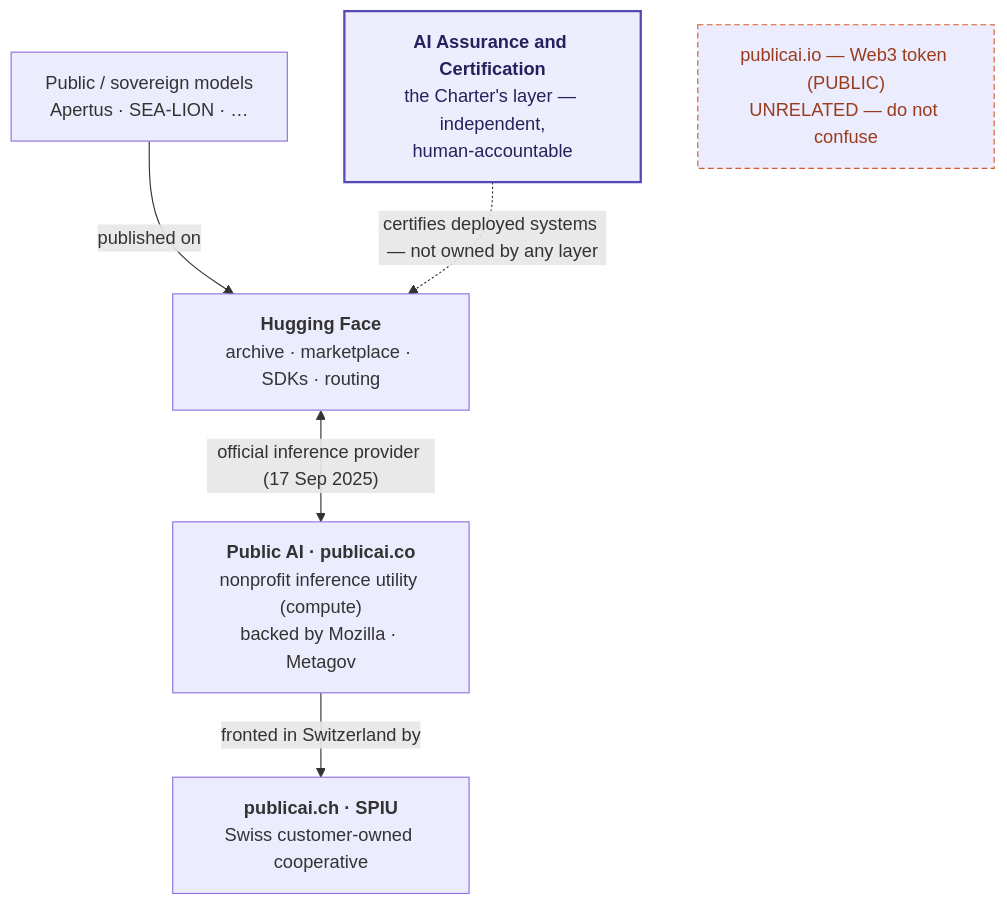
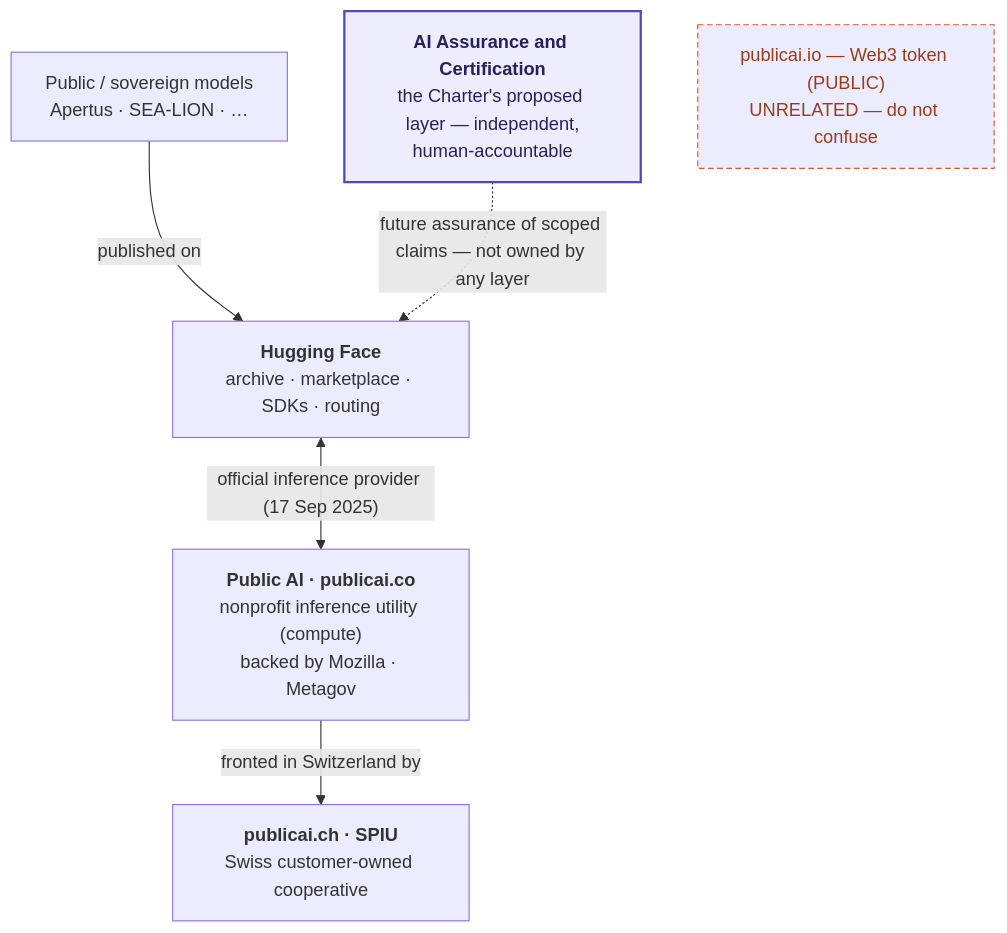
Before and after one commit to robertschaub/our-ai-charter: the diagram in docs/Evidence/actors-and-landscape.md, drawn with Mermaid. The commit also changed other lines of this file and 18 other files, not shown here.

````diff
--- a/docs/Evidence/actors-and-landscape.md
+++ b/docs/Evidence/actors-and-landscape.md
@@ -15,19 +15,19 @@
 ```mermaid
 flowchart TB
   M["Public / sovereign models<br/>Apertus · SEA-LION · …"]
   HF["<b>Hugging Face</b><br/>archive · marketplace · SDKs · routing"]
   PA["<b>Public AI · publicai.co</b><br/>nonprofit inference utility (compute)<br/>backed by Mozilla · Metagov"]
   CH["<b>publicai.ch · SPIU</b><br/>Swiss customer-owned cooperative"]
 
   M -->|published on| HF
   HF <-->|"official inference provider (17 Sep 2025)"| PA
   PA -->|fronted in Switzerland by| CH
 
-  A["<b>AI Assurance and Certification</b><br/>the Charter's layer — independent,<br/>human-accountable"]:::charter
-  A -.->|"certifies deployed systems — not owned by any layer"| HF
+  A["<b>AI Assurance and Certification</b><br/>the Charter's proposed layer — independent,<br/>human-accountable"]:::charter
+  A -.->|"future assurance of scoped claims — not owned by any layer"| HF
 
   X["publicai.io — Web3 token (PUBLIC)<br/>UNRELATED — do not confuse"]:::warn
 
   classDef charter fill:#EEEDFE,stroke:#534AB7,stroke-width:2px,color:#26215C;
   classDef warn stroke:#D85A30,stroke-dasharray:5 3,color:#993C1D;
 ```
````
